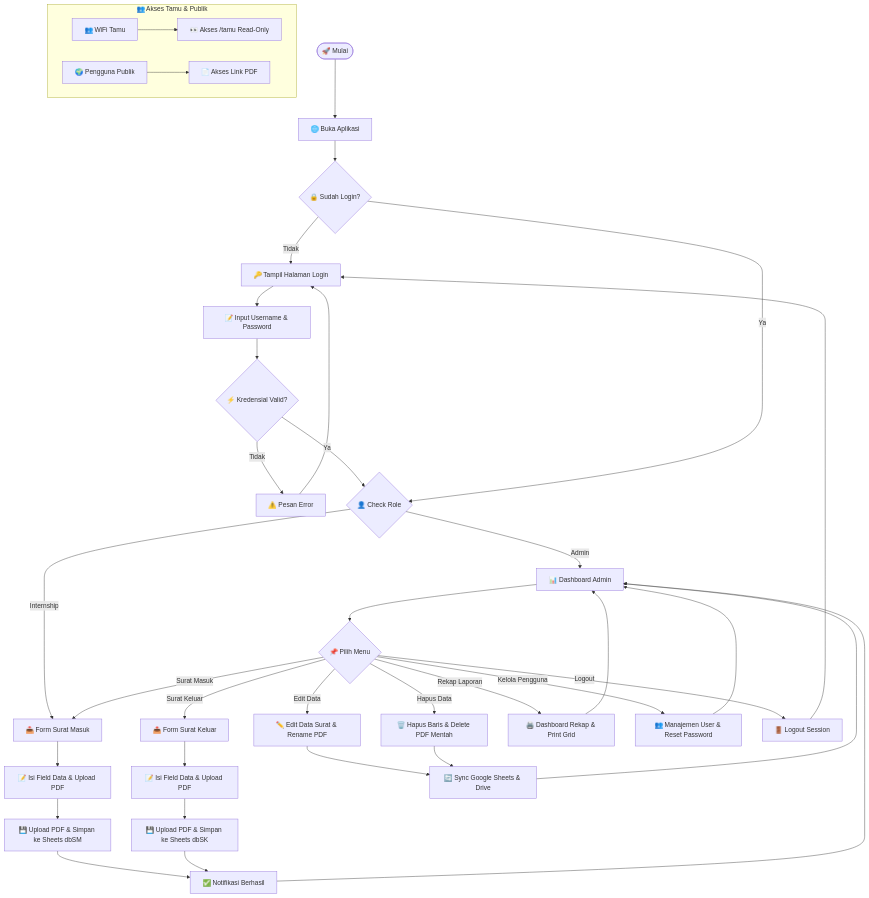
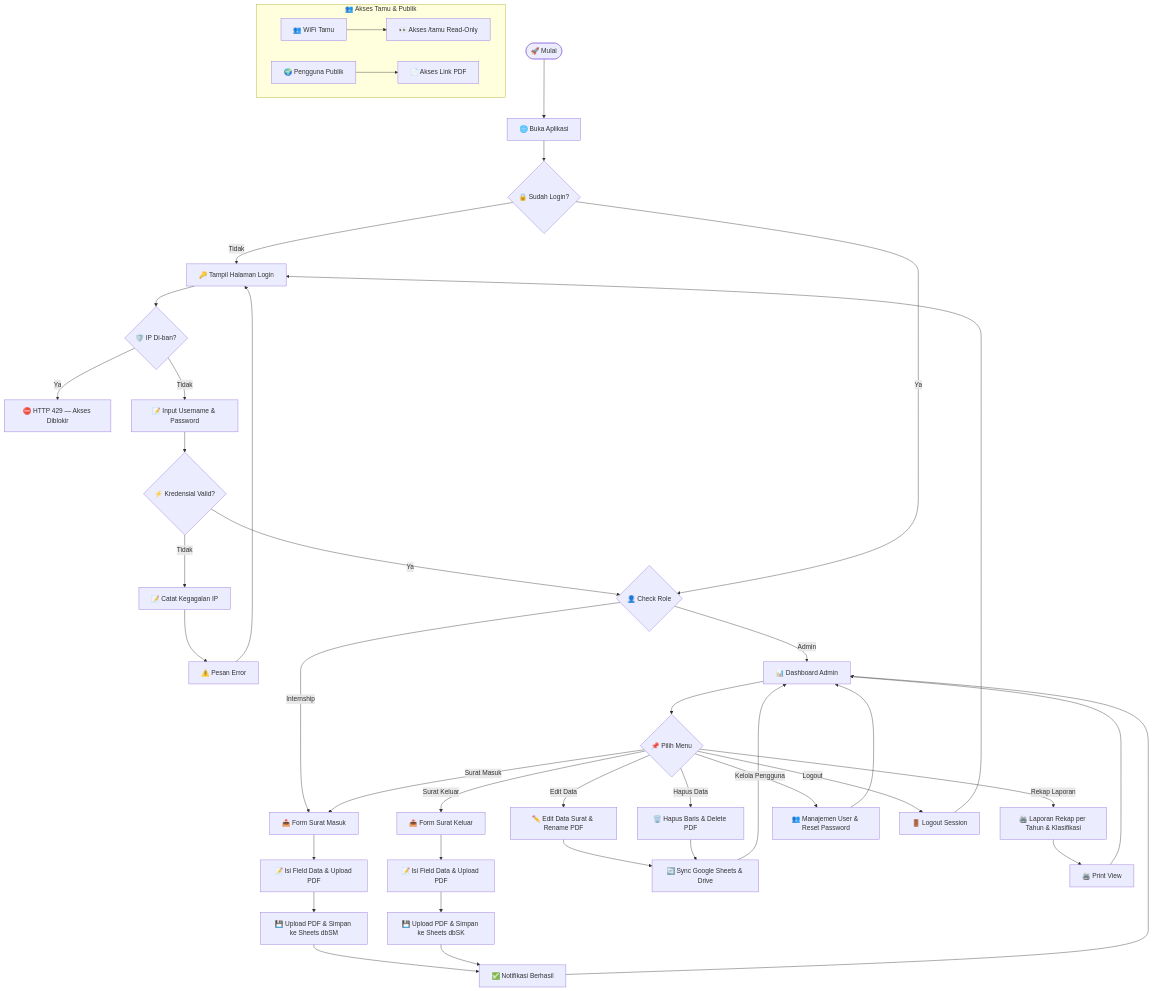
Before and after one commit to Rpl087/PROJECT-MAGANG: the second of 3 diagrams in README.md, drawn with Mermaid. The commit also changed other lines of this file and 3 other files, not shown here.

````diff
--- a/README.md
+++ b/README.md
@@ -217,47 +235,50 @@
 ```mermaid
 flowchart TD
     Start(["🚀 Mulai"]) --> OpenApp["🌐 Buka Aplikasi"]
     OpenApp --> CheckAuth{"🔒 Sudah Login?"}
 
     CheckAuth -- Tidak --> LoginPage["🔑 Tampil Halaman Login"]
-    LoginPage --> InputCred["📝 Input Username & Password"]
+    LoginPage --> CheckBan{"🛡️ IP Di-ban?"}
+    CheckBan -- Ya --> Block429["⛔ HTTP 429 — Akses Diblokir"]
+    CheckBan -- Tidak --> InputCred["📝 Input Username & Password"]
     InputCred --> ValidateCred{"⚡ Kredensial Valid?"}
-    ValidateCred -- Tidak --> ErrMsg["⚠️ Pesan Error"] --> LoginPage
+    ValidateCred -- Tidak --> RecordFail["📝 Catat Kegagalan IP"] --> ErrMsg["⚠️ Pesan Error"] --> LoginPage
     ValidateCred -- Ya --> CheckRole{"👤 Check Role"}
 
     CheckAuth -- Ya --> CheckRole
 
     CheckRole -- Admin --> Dashboard["📊 Dashboard Admin"]
     CheckRole -- Internship --> SuratMasukPage["📥 Form Surat Masuk"]
 
     Dashboard --> MenuOpt{"📌 Pilih Menu"}
 
     MenuOpt -- Surat Masuk --> SuratMasukPage
     SuratMasukPage --> FormSM["📝 Isi Field Data & Upload PDF"]
     FormSM --> SaveSM["💾 Upload PDF & Simpan ke Sheets dbSM"]
     SaveSM --> SuccessNotif["✅ Notifikasi Berhasil"] --> Dashboard
 
     MenuOpt -- Surat Keluar --> SuratKeluarPage["📤 Form Surat Keluar"]
     SuratKeluarPage --> FormSK["📝 Isi Field Data & Upload PDF"]
     FormSK --> SaveSK["💾 Upload PDF & Simpan ke Sheets dbSK"]
     SaveSK --> SuccessNotif
 
     MenuOpt -- Edit Data --> EditData["✏️ Edit Data Surat & Rename PDF"]
     EditData --> UpdateSheets["🔄 Sync Google Sheets & Drive"] --> Dashboard
 
-    MenuOpt -- Hapus Data --> DeleteData["🗑️ Hapus Baris & Delete PDF Mentah"]
+    MenuOpt -- Hapus Data --> DeleteData["🗑️ Hapus Baris & Delete PDF"]
     DeleteData --> UpdateSheets
 
-    MenuOpt -- Rekap Laporan --> ReportPage["🖨️ Dashboard Rekap & Print Grid"]
-    ReportPage --> Dashboard
+    MenuOpt -- Rekap Laporan --> ReportPage["🖨️ Laporan Rekap per Tahun & Klasifikasi"]
+    ReportPage --> PrintView["🖨️ Print View"]
+    PrintView --> Dashboard
 
     MenuOpt -- Kelola Pengguna --> UserMgmt["👥 Manajemen User & Reset Password"]
     UserMgmt --> Dashboard
 
     MenuOpt -- Logout --> LogoutSession["🚪 Logout Session"] --> LoginPage
 
     subgraph GuestFlow ["👥 Akses Tamu & Publik"]
         GuestUser["👥 WiFi Tamu"] --> GuestPage["👀 Akses /tamu Read-Only"]
         PublicUser["🌍 Pengguna Publik"] --> ViewPDF["📄 Akses Link PDF"]
     end
 ```
````
